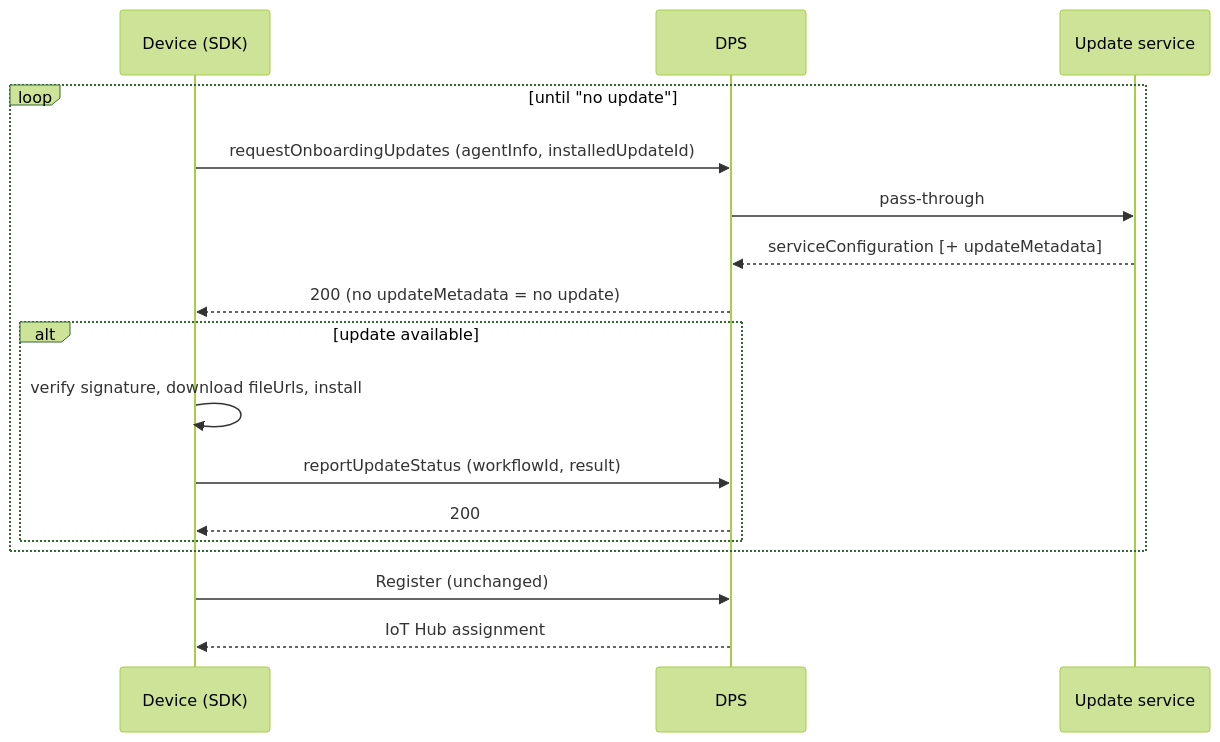
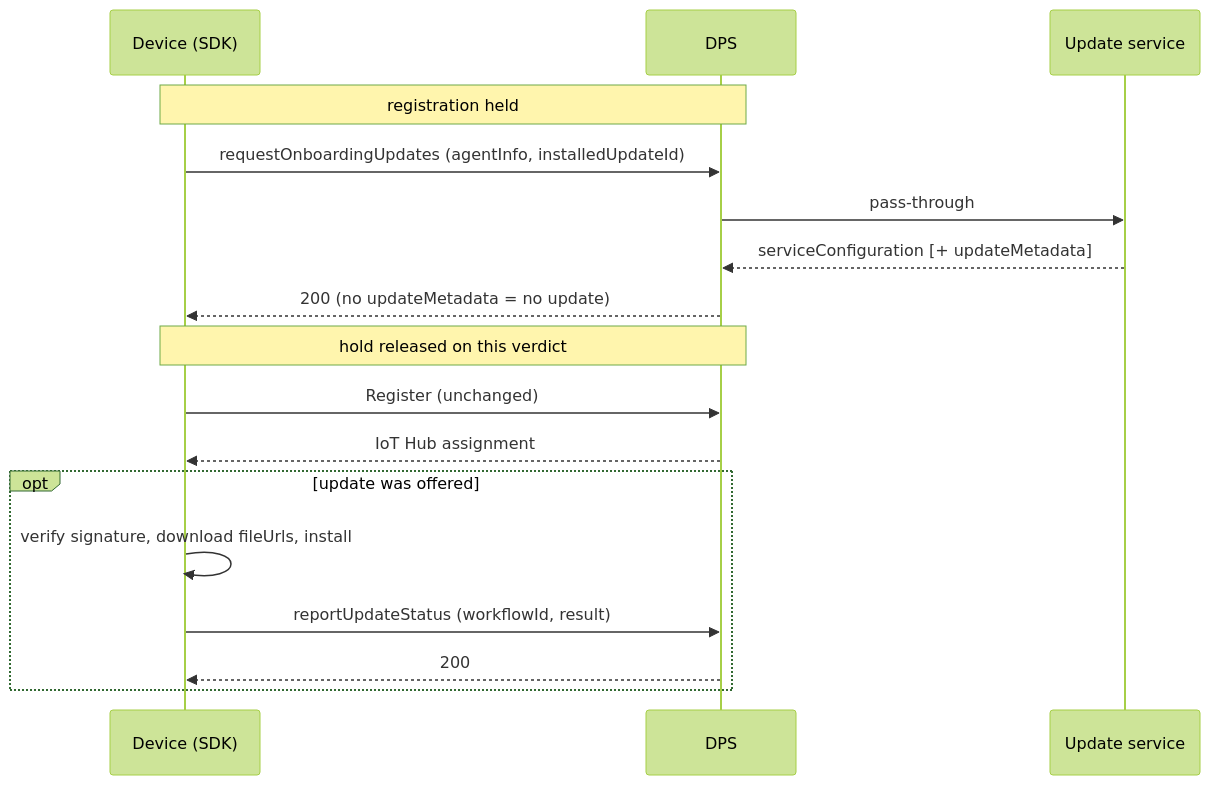
The first of 6 diagrams in c/docs/eng/software-updates.md (Azure/azure-iot-sdk), drawn with Mermaid (forest theme) before and after one commit. The commit also changed other lines of this file, not shown here.

Commit message:
[C] SU docs: onboarding diagram releases the hold at the check's verdict

````diff
--- a/c/docs/eng/software-updates.md
+++ b/c/docs/eng/software-updates.md
@@ -74,19 +74,19 @@
 ```mermaid
 sequenceDiagram
     participant Dev as Device (SDK)
     participant DPS as DPS
     participant SVC as Update service
-    loop until "no update"
-      Dev->>DPS: requestOnboardingUpdates (agentInfo, installedUpdateId)
-      DPS->>SVC: pass-through
-      SVC-->>DPS: serviceConfiguration [+ updateMetadata]
-      DPS-->>Dev: 200 (no updateMetadata = no update)
-      alt update available
-        Dev->>Dev: verify signature, download fileUrls, install
-        Dev->>DPS: reportUpdateStatus (workflowId, result)
-        DPS-->>Dev: 200
-      end
-    end
+    Note over Dev,DPS: registration held
+    Dev->>DPS: requestOnboardingUpdates (agentInfo, installedUpdateId)
+    DPS->>SVC: pass-through
+    SVC-->>DPS: serviceConfiguration [+ updateMetadata]
+    DPS-->>Dev: 200 (no updateMetadata = no update)
+    Note over Dev,DPS: hold released on this verdict
     Dev->>DPS: Register (unchanged)
     DPS-->>Dev: IoT Hub assignment
+    opt update was offered
+      Dev->>Dev: verify signature, download fileUrls, install
+      Dev->>DPS: reportUpdateStatus (workflowId, result)
+      DPS-->>Dev: 200
+    end
 ```
````
